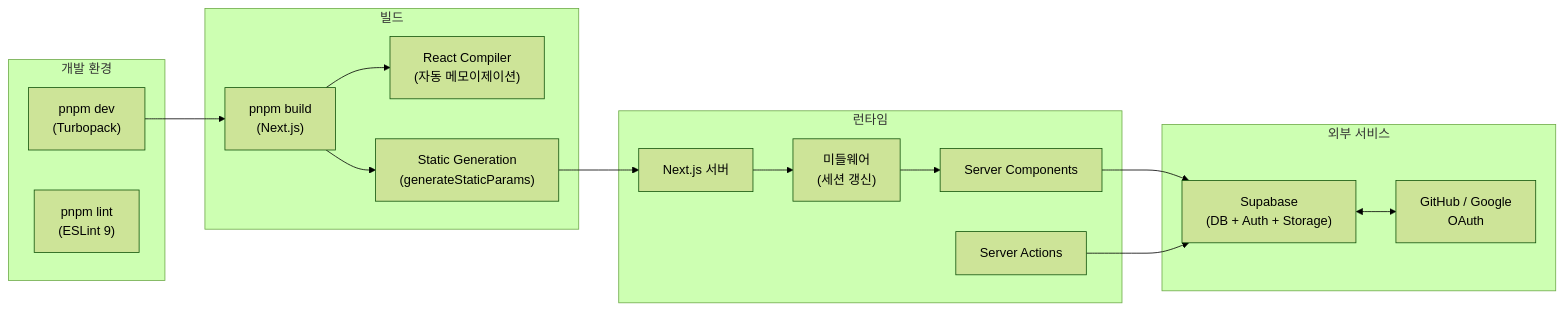
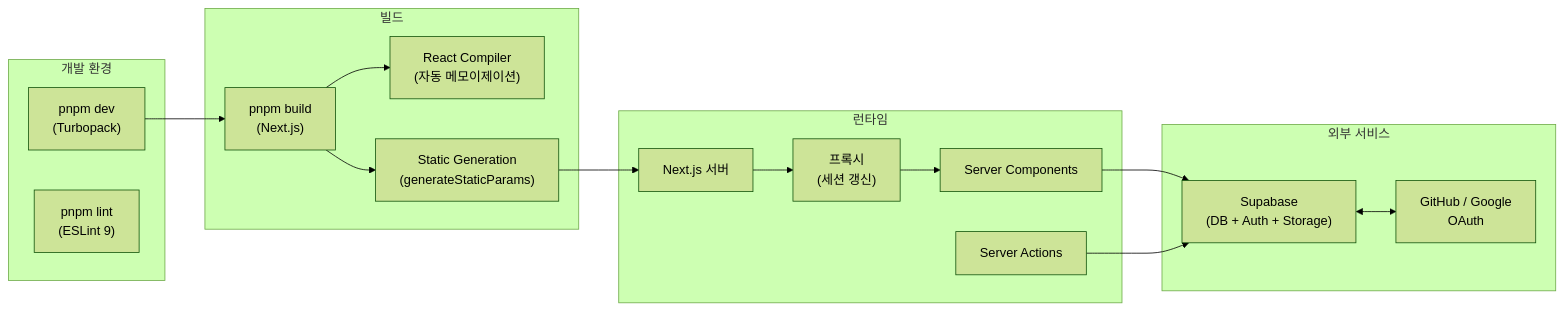
The seventh of 7 diagrams in docs/02-design/system-diagram.md (nalpari/tech-blog), drawn with Mermaid (forest theme) before and after one commit. The commit also changed other lines of this file and 14 other files, not shown here.

First line of the commit message:
docs: proxy 전환·16.3.5 반영 및 아키텍처 다이어그램 추가

````diff
--- a/docs/02-design/system-diagram.md
+++ b/docs/02-design/system-diagram.md
@@ -381,35 +381,35 @@
 ```mermaid
 graph LR
     subgraph Development["개발 환경"]
         Dev["pnpm dev<br/>(Turbopack)"]
         Lint["pnpm lint<br/>(ESLint 9)"]
     end
 
     subgraph Build["빌드"]
         BuildCmd["pnpm build<br/>(Next.js)"]
         RC["React Compiler<br/>(자동 메모이제이션)"]
         SSG["Static Generation<br/>(generateStaticParams)"]
     end
 
     subgraph Runtime["런타임"]
         Server["Next.js 서버"]
-        MW["미들웨어<br/>(세션 갱신)"]
+        MW["프록시<br/>(세션 갱신)"]
         SC["Server Components"]
         SA["Server Actions"]
     end
 
     subgraph External["외부 서비스"]
         Supabase["Supabase<br/>(DB + Auth + Storage)"]
         OAuth["GitHub / Google<br/>OAuth"]
     end
 
     Dev --> BuildCmd
     BuildCmd --> RC
     BuildCmd --> SSG
     SSG --> Server
     Server --> MW
     MW --> SC
     SC --> Supabase
     SA --> Supabase
     Supabase <--> OAuth
 ```
````
